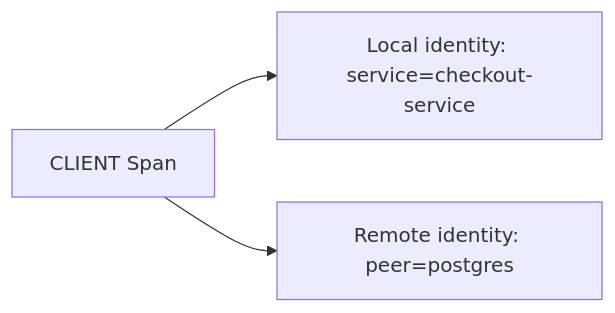
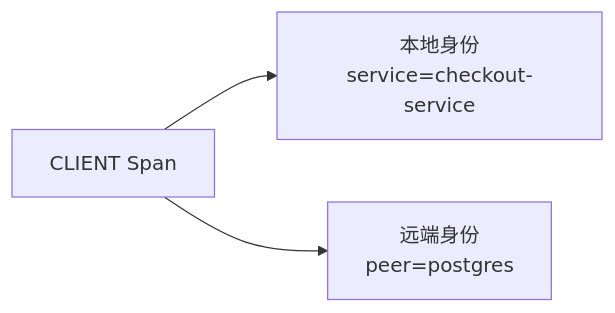
One commit to XiaoWeiKIN/Observability-Lab changed diagram 11 of 13 in docs/datadog/inferred-services.md. Above: the diagram before and after it, drawn with Mermaid. The commit also changed other lines of this file, not shown here.

````diff
--- a/docs/datadog/inferred-services.md
+++ b/docs/datadog/inferred-services.md
@@ -491,6 +540,6 @@
-```mermaid
+~~~mermaid
 flowchart LR
     S[CLIENT Span]
-    S --> L[Local identity: service=checkout-service]
-    S --> R[Remote identity: peer=postgres]
-```
+    S --> L[本地身份<br/>service=checkout-service]
+    S --> R[远端身份<br/>peer=postgres]
+~~~
````
